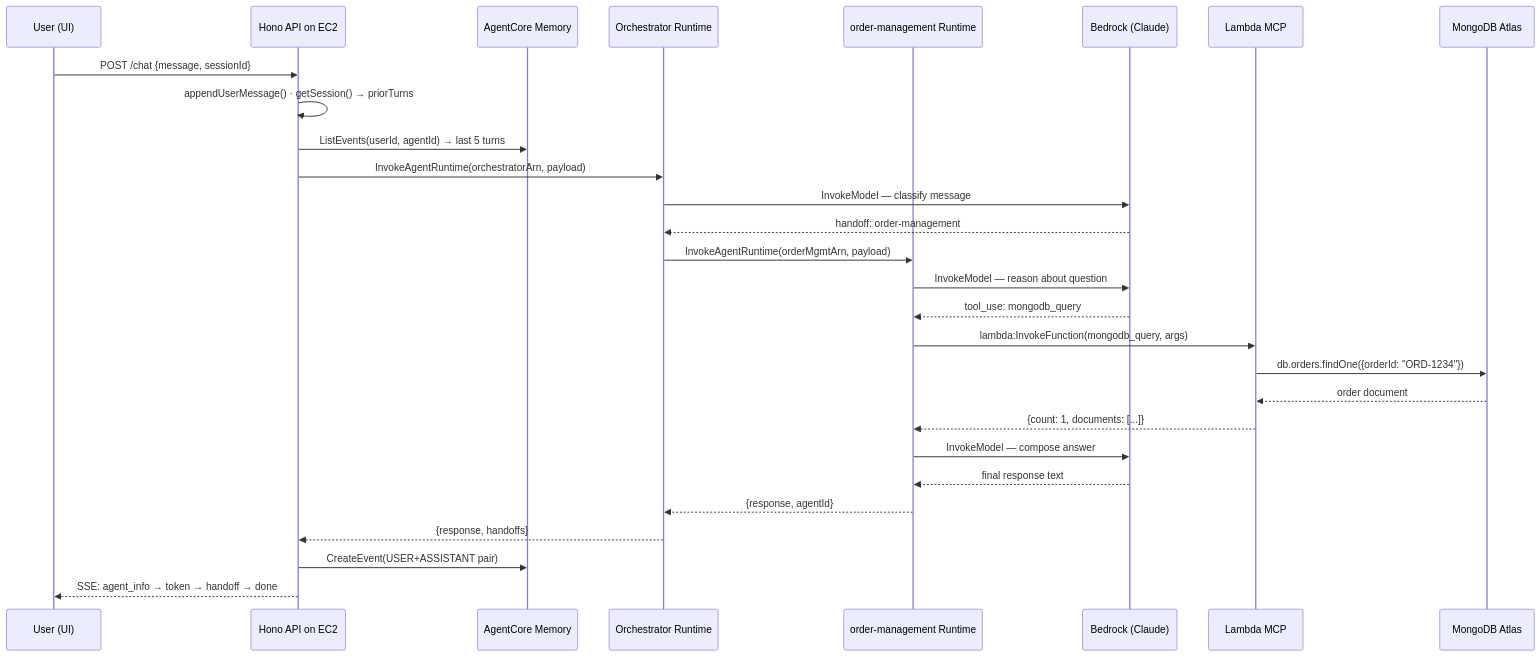
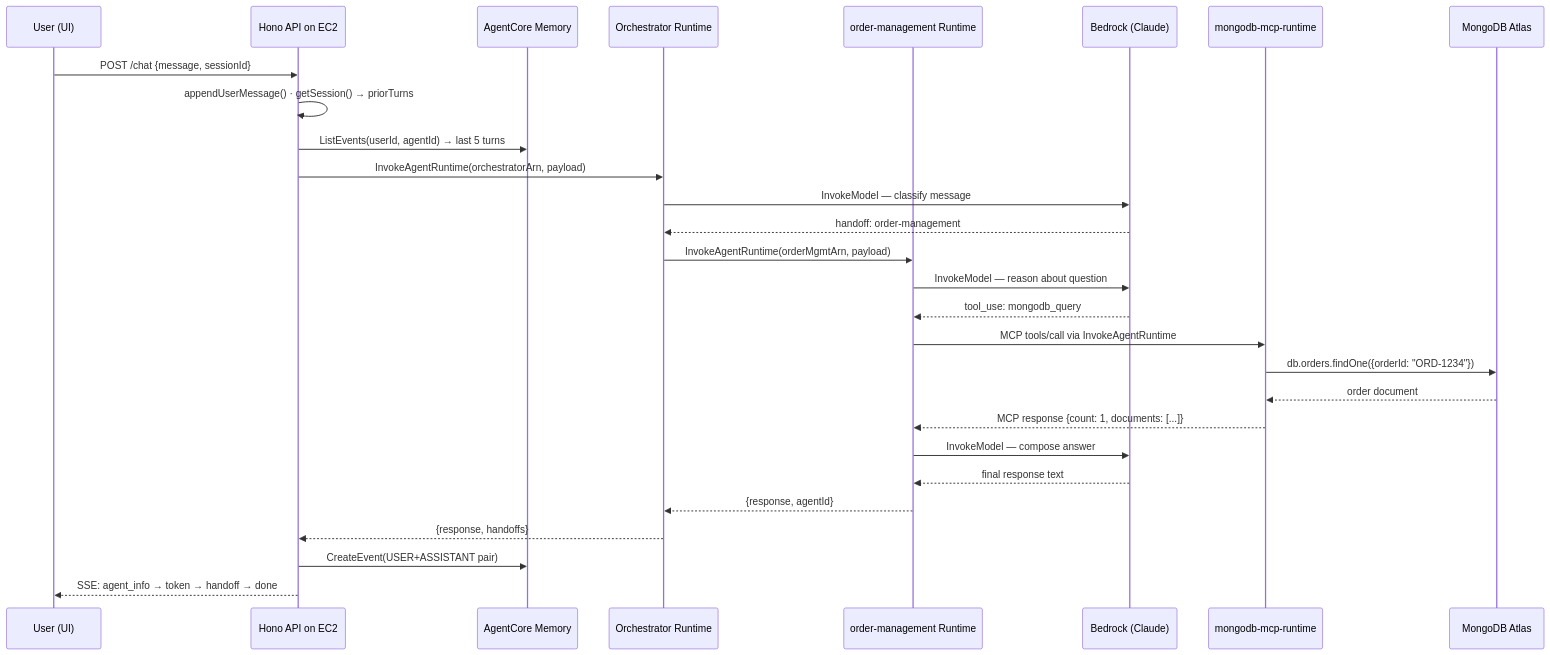
Before and after one commit to mongodb-partners/Multi-Agent-Architectural-Guidance-Bedrock-AgentCore: the second of 4 diagrams in docs/architecture.md, drawn with Mermaid. The commit also changed other lines of this file and 223 other files, not shown here.

````diff
--- a/docs/architecture.md
+++ b/docs/architecture.md
@@ -77,31 +80,31 @@
 ```mermaid
 sequenceDiagram
   participant U as User (UI)
   participant API as Hono API on EC2
   participant MEM as AgentCore Memory
   participant ORCH as Orchestrator Runtime
   participant SPEC as order-management Runtime
   participant BED as Bedrock (Claude)
-  participant LAM as Lambda MCP
+  participant MCPRT as mongodb-mcp-runtime
   participant DB as MongoDB Atlas
 
   U->>API: POST /chat {message, sessionId}
   API->>API: appendUserMessage() · getSession() → priorTurns
   API->>MEM: ListEvents(userId, agentId) → last 5 turns
   API->>ORCH: InvokeAgentRuntime(orchestratorArn, payload)
   ORCH->>BED: InvokeModel — classify message
   BED-->>ORCH: handoff: order-management
   ORCH->>SPEC: InvokeAgentRuntime(orderMgmtArn, payload)
   SPEC->>BED: InvokeModel — reason about question
   BED-->>SPEC: tool_use: mongodb_query
-  SPEC->>LAM: lambda:InvokeFunction(mongodb_query, args)
-  LAM->>DB: db.orders.findOne({orderId: "ORD-1234"})
-  DB-->>LAM: order document
-  LAM-->>SPEC: {count: 1, documents: [...]}
+  SPEC->>MCPRT: MCP tools/call via InvokeAgentRuntime
+  MCPRT->>DB: db.orders.findOne({orderId: "ORD-1234"})
+  DB-->>MCPRT: order document
+  MCPRT-->>SPEC: MCP response {count: 1, documents: [...]}
   SPEC->>BED: InvokeModel — compose answer
   BED-->>SPEC: final response text
   SPEC-->>ORCH: {response, agentId}
   ORCH-->>API: {response, handoffs}
   API->>MEM: CreateEvent(USER+ASSISTANT pair)
   API-->>U: SSE: agent_info → token → handoff → done
 ```
````
